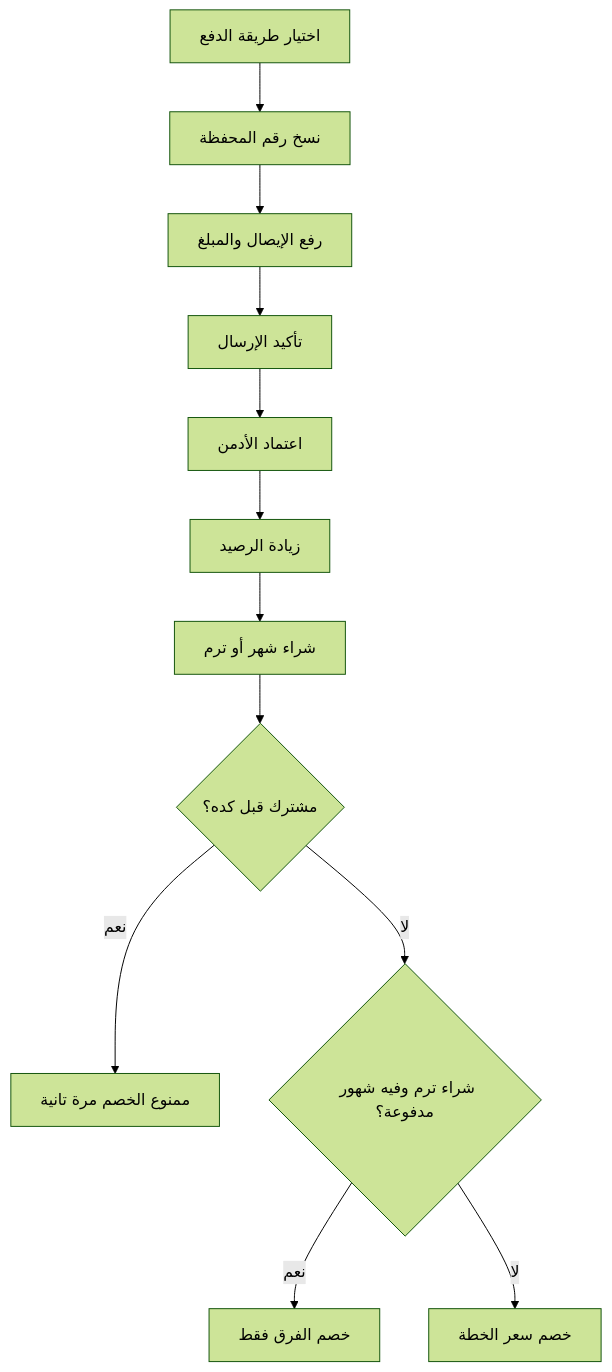
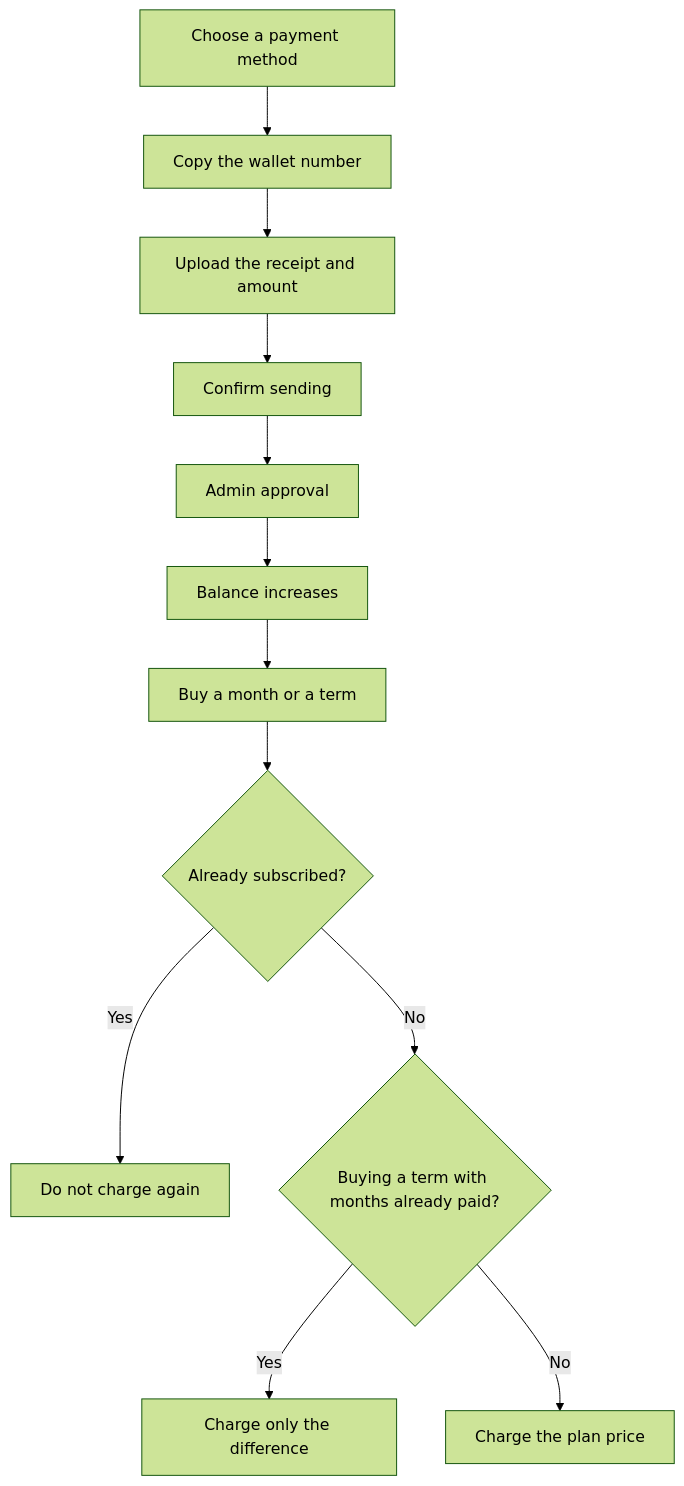
Before and after one commit to aboelnasrvip/go-tech-lms: the fourth of 4 diagrams in README.md, drawn with Mermaid (forest theme). The commit also changed other lines of this file, not shown here.

````diff
--- a/README.md
+++ b/README.md
@@ -124,20 +124,20 @@
 ```mermaid
 flowchart TD
-  pick[اختيار طريقة الدفع]
-  copy[نسخ رقم المحفظة]
-  receipt[رفع الإيصال والمبلغ]
-  confirm[تأكيد الإرسال]
-  admin[اعتماد الأدمن]
-  balance[زيادة الرصيد]
-  plan[شراء شهر أو ترم]
-  owned{مشترك قبل كده؟}
-  stop[ممنوع الخصم مرة تانية]
-  credit{شراء ترم وفيه شهور مدفوعة؟}
-  diff[خصم الفرق فقط]
-  full[خصم سعر الخطة]
+  pick[Choose a payment method]
+  copy[Copy the wallet number]
+  receipt[Upload the receipt and amount]
+  confirm[Confirm sending]
+  admin[Admin approval]
+  balance[Balance increases]
+  plan[Buy a month or a term]
+  owned{Already subscribed?}
+  stop[Do not charge again]
+  credit{Buying a term with months already paid?}
+  diff[Charge only the difference]
+  full[Charge the plan price]
   pick --> copy --> receipt --> confirm --> admin --> balance --> plan --> owned
-  owned -->|نعم| stop
-  owned -->|لا| credit
-  credit -->|نعم| diff
-  credit -->|لا| full
+  owned -->|Yes| stop
+  owned -->|No| credit
+  credit -->|Yes| diff
+  credit -->|No| full
 ```
````
